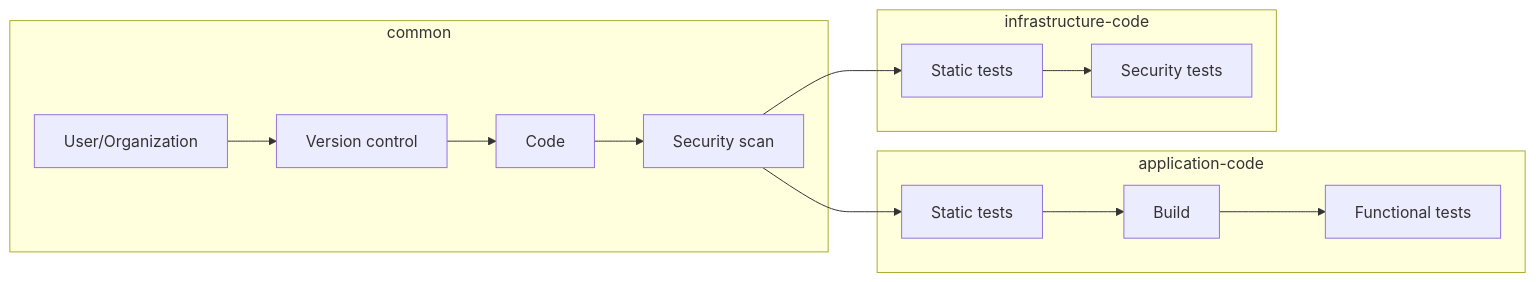
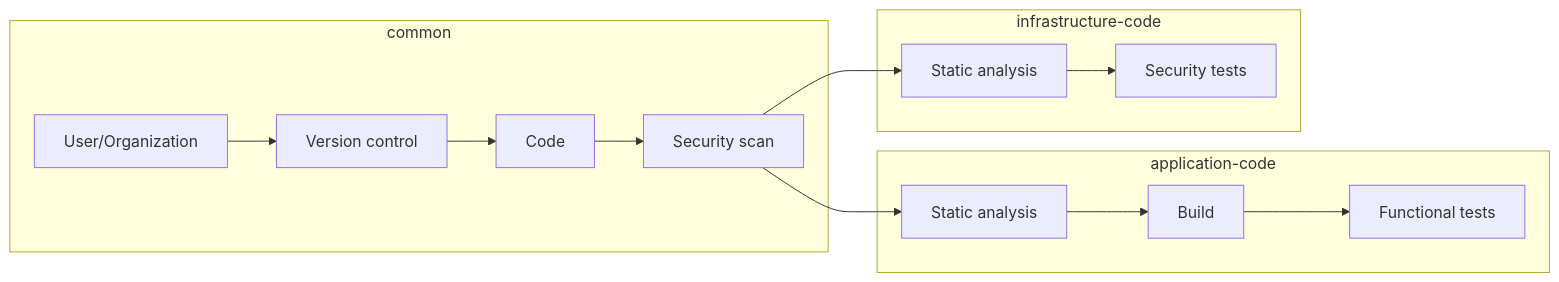
The first of 2 diagrams in _drafts/cicd-guideline.md (christosgalano/christosgalano.github.io), drawn with Mermaid before and after one commit. The commit also changed other lines of this file and 4 other files, not shown here.

```diff
--- a/_drafts/cicd-guideline.md
+++ b/_drafts/cicd-guideline.md
@@ -23,16 +23,16 @@
 <div class="mermaid">
 graph LR
 subgraph common
     UO[User/Organization] --> VC[Version control] --> C[Code]
     C --> SC[Security scan]
 end
 subgraph application-code
-    SC --> STAA[Static tests]
+    SC --> STAA[Static analysis]
     STAA --> B[Build]
     B --> FUN[Functional tests]
 end
 subgraph infrastructure-code
-    SC --> STAI[Static tests]
+    SC --> STAI[Static analysis]
     STAI --> SECI[Security tests]
 end
 </div>
```
